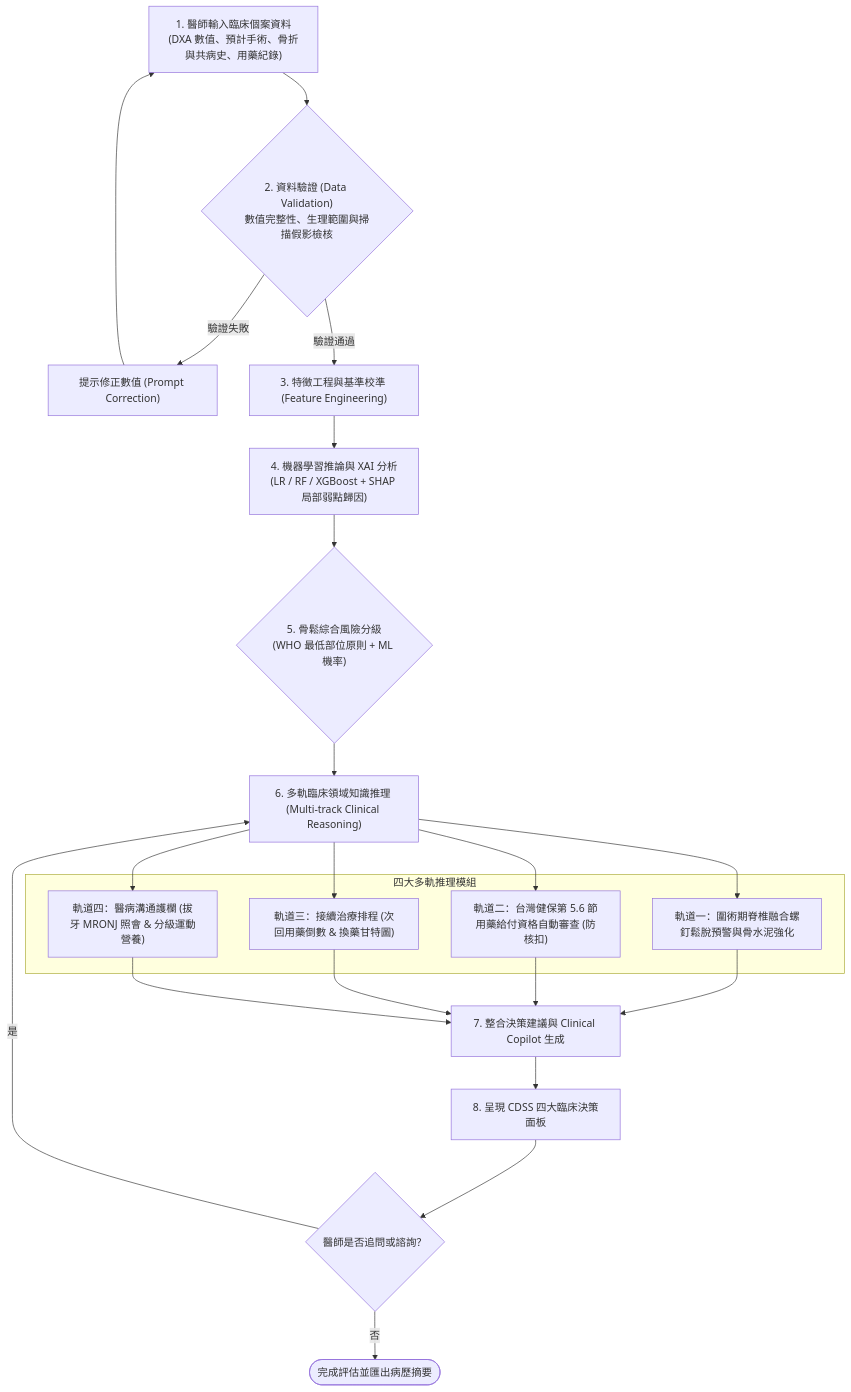
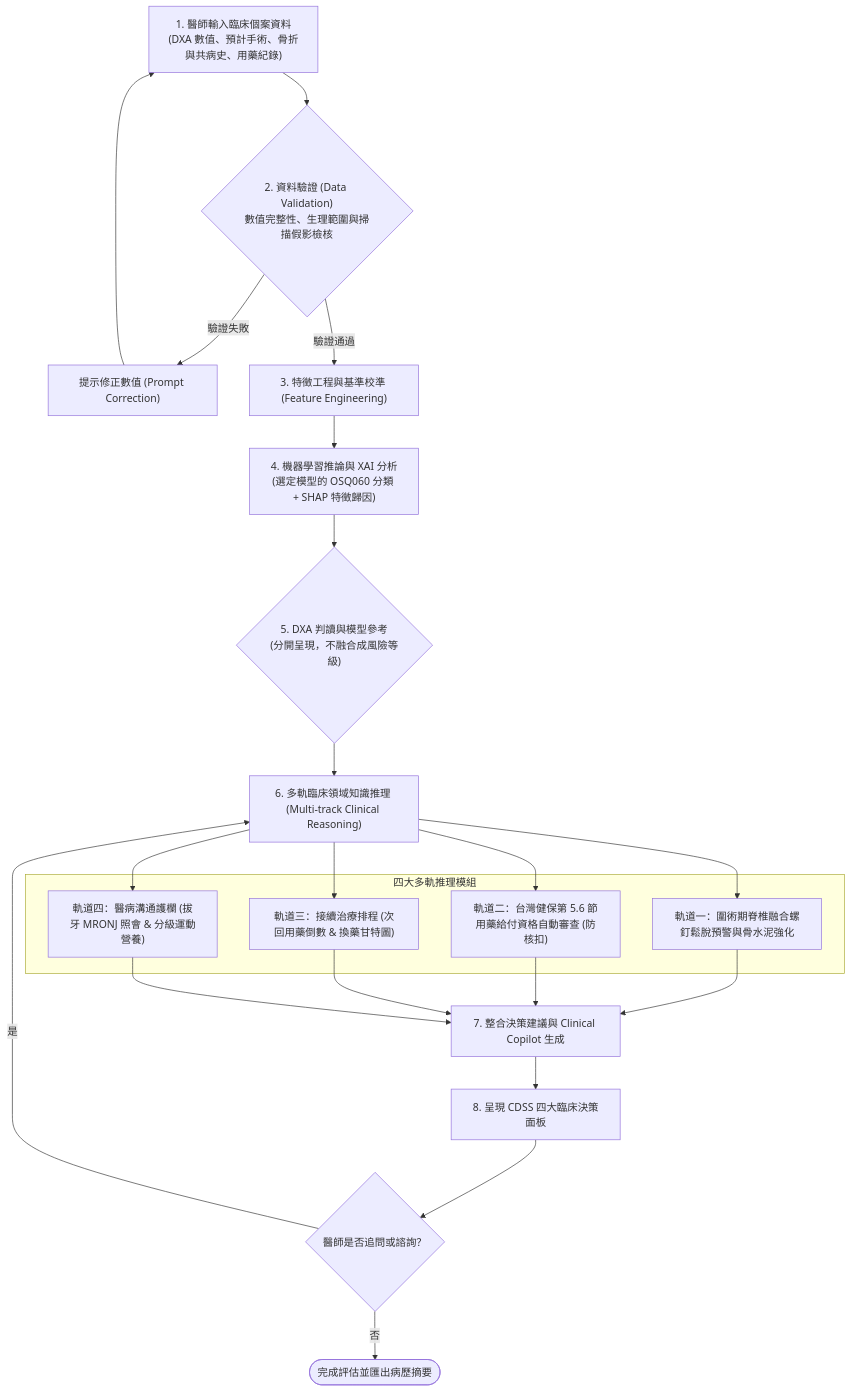
One commit to contemplator/nchu-bone-health-agent changed the second of 2 diagrams in README.md. Above: the diagram before and after it, drawn with Mermaid. The commit also changed other lines of this file and 5 other files, not shown here.

````diff
--- a/README.md
+++ b/README.md
@@ -163,35 +175,35 @@
 ```mermaid
 flowchart TD
     A["1. 醫師輸入臨床個案資料<br/>(DXA 數值、預計手術、骨折與共病史、用藥紀錄)"] --> B{"2. 資料驗證 (Data Validation)<br/>數值完整性、生理範圍與掃描假影檢核"}
     
     B -- "驗證失敗" --> B_ERR["提示修正數值 (Prompt Correction)"]
     B_ERR --> A
     
     B -- "驗證通過" --> C["3. 特徵工程與基準校準 (Feature Engineering)"]
-    C --> D["4. 機器學習推論與 XAI 分析<br/>(LR / RF / XGBoost + SHAP 局部弱點歸因)"]
-    D --> E{"5. 骨鬆綜合風險分級<br/>(WHO 最低部位原則 + ML 機率)"}
+    C --> D["4. 機器學習推論與 XAI 分析<br/>(選定模型的 OSQ060 分類 + SHAP 特徵歸因)"]
+    D --> E{"5. DXA 判讀與模型參考<br/>(分開呈現，不融合成風險等級)"}
     
     E --> F["6. 多軌臨床領域知識推理 (Multi-track Clinical Reasoning)"]
     
     subgraph Multi_Track_Reasoning ["四大多軌推理模組"]
         F1["軌道一：圍術期脊椎融合螺釘鬆脫預警與骨水泥強化"]
         F2["軌道二：台灣健保第 5.6 節用藥給付資格自動審查 (防核扣)"]
         F3["軌道三：接續治療排程 (次回用藥倒數 & 換藥甘特圖)"]
         F4["軌道四：醫病溝通護欄 (拔牙 MRONJ 照會 & 分級運動營養)"]
     end
     
     F --> F1
     F --> F2
     F --> F3
     F --> F4
     
     F1 --> G["7. 整合決策建議與 Clinical Copilot 生成"]
     F2 --> G
     F3 --> G
     F4 --> G
     
     G --> H["8. 呈現 CDSS 四大臨床決策面板"]
     H --> I{"醫師是否追問或諮詢？"}
     I -- "是" --> F
     I -- "否" --> J(["完成評估並匯出病歷摘要"])
 ```
````
